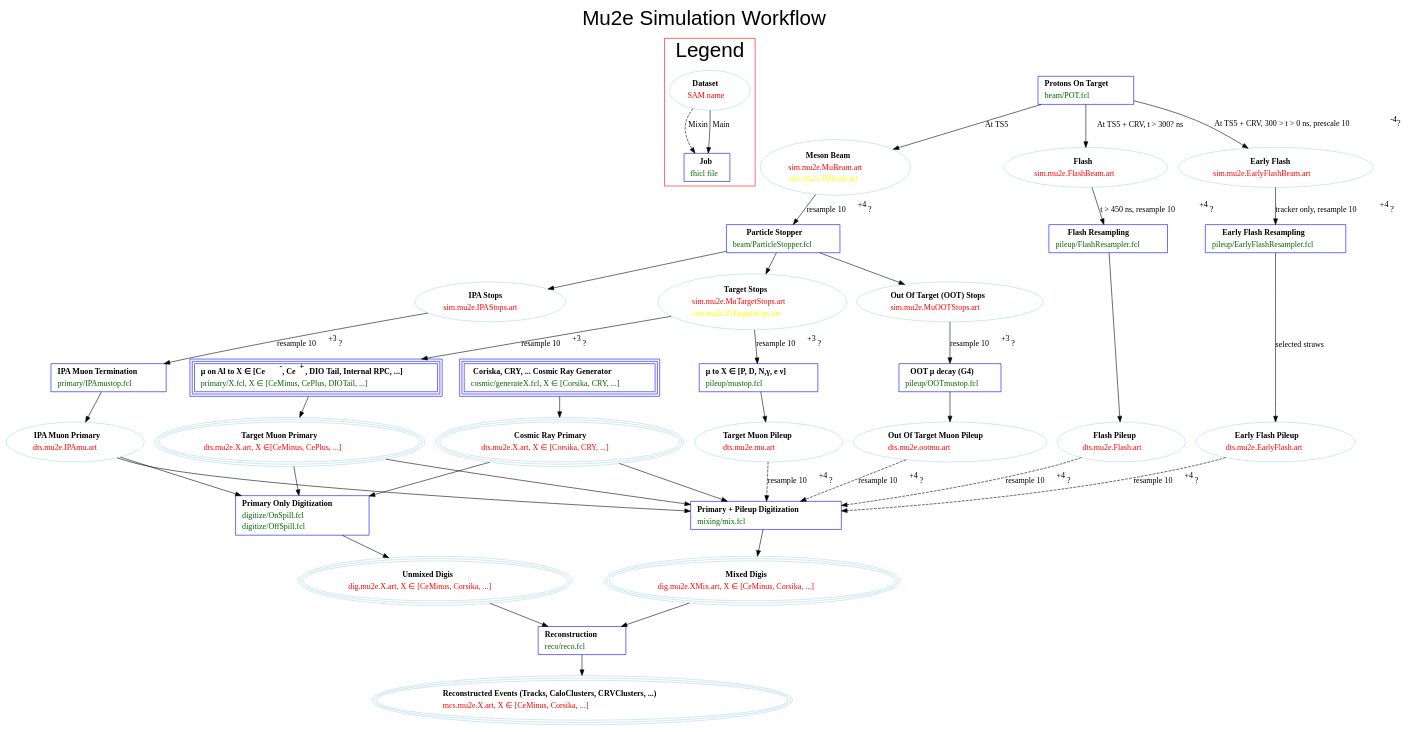
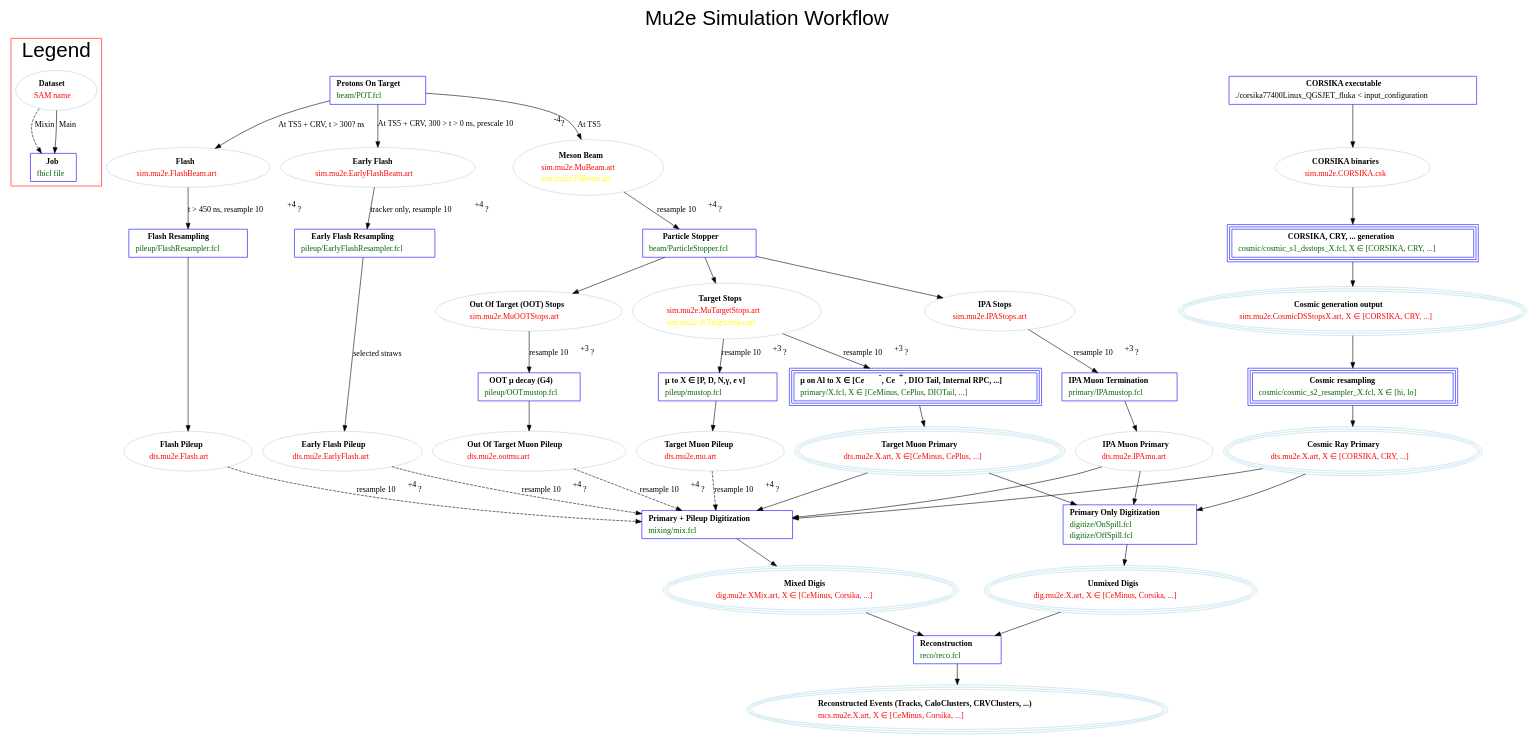
Before and after one commit to Mu2e/Offline: the diagram in JobConfig/doc/SimulationWorkflow.dot, drawn with Graphviz.

Commit message:
Adding CORSIKA chain
I modified the cosmic simulation chain to include generation and resampling
https://i.imgur.com/FQkiUih.png

```diff
--- a/JobConfig/doc/SimulationWorkflow.dot
+++ b/JobConfig/doc/SimulationWorkflow.dot
@@ -34,7 +34,7 @@
 
   subgraph Campaign {
 
-    POT [shape=box,color=blue, 
+    POT [shape=box,color=blue,
 	label=<<table border="0" cellborder="0" cellspacing="1">
 	  <tr><td align="center"><b>Protons On Target</b></td></tr>
 	  <tr><td align="left"><font color="darkgreen">beam/POT.fcl</font></td></tr>
@@ -60,19 +60,19 @@
     POT ->  Beam [ label="At TS5"];
     POT ->  EarlyFlash [ label=< At TS5 + CRV, 300 &gt; t &gt; 0 ns, prescale 10<sup>-4</sup>?> ];
 
-    EarlyFlashResampling [shape=box,color=blue, 
+    EarlyFlashResampling [shape=box,color=blue,
 		    label=<<table border="0" cellborder="0" cellspacing="1">
 		      <tr><td align="center"><b>Early Flash Resampling</b></td></tr>
 		      <tr><td align="left"><font color="darkgreen">pileup/EarlyFlashResampler.fcl</font></td></tr>
 		      </table>>];
 
-    FlashResampling [shape=box,color=blue, 
+    FlashResampling [shape=box,color=blue,
 		    label=<<table border="0" cellborder="0" cellspacing="1">
 		      <tr><td align="center"><b>Flash Resampling</b></td></tr>
 		      <tr><td align="left"><font color="darkgreen">pileup/FlashResampler.fcl</font></td></tr>
 		      </table>>];
 
-    StopPositionResampling [shape=box,color=blue, 
+    StopPositionResampling [shape=box,color=blue,
 			   label=<<table border="0" cellborder="0" cellspacing="1">
 			     <tr><td align="center"><b>Particle Stopper</b></td></tr>
 			     <tr><td align="left"><font color="darkgreen">beam/ParticleStopper.fcl</font></td></tr>
@@ -120,25 +120,25 @@
     StopPositionResampling -> OutOfTargetStops;
     StopPositionResampling -> IPAStops;
 
-    PrimaryMuonTerm [shape=box, peripheries=3, color=blue, 
+    PrimaryMuonTerm [shape=box, peripheries=3, color=blue,
 		    label=<<table border="0" cellborder="0" cellspacing="1">
 		      <tr><td align="center"><b>&mu; on Al to X &isin; [Ce<sup>-</sup>, Ce<sup>+</sup>, DIO Tail, Internal RPC, ...] </b></td></tr>
 		      <tr><td align="left"><font color="darkgreen">primary/X.fcl, X &isin; [CeMinus, CePlus, DIOTail, ...]</font></td></tr>
 		      </table>>];
 
-    PileupMuonTerm [shape=box,color=blue, 
+    PileupMuonTerm [shape=box,color=blue,
 		       label=<<table border="0" cellborder="0" cellspacing="1">
 			 <tr><td align="center"><b>&mu; to X &isin; [P, D, N,&gamma;, e &nu;]  </b></td></tr>
 			 <tr><td align="left"><font color="darkgreen">pileup/mustop.fcl</font></td></tr>
 			 </table>>];
 
-    OutOfTargetMuonTerm [shape=box,color=blue, 
+    OutOfTargetMuonTerm [shape=box,color=blue,
 			label=<<table border="0" cellborder="0" cellspacing="1">
 			  <tr><td align="center"><b>OOT &mu; decay (G4)</b></td></tr>
 			  <tr><td align="left"><font color="darkgreen">pileup/OOTmustop.fcl</font></td></tr>
 			  </table>>];
 
-    IPAMuonTerm [shape=box,color=blue, 
+    IPAMuonTerm [shape=box,color=blue,
 		label=<<table border="0" cellborder="0" cellspacing="1">
 		  <tr><td align="center"><b>IPA Muon Termination</b></td></tr>v
 		  <tr><td align="left"><font color="darkgreen">primary/IPAmustop.fcl</font></td></tr></table>>];
@@ -148,17 +148,48 @@
     OutOfTargetStops -> OutOfTargetMuonTerm [ label=<resample 10<sup>+3</sup>?> ];
     IPAStops -> IPAMuonTerm [ label=<resample 10<sup>+3</sup>?> ];
 
+    CosmicStage0 [shape=box, peripheries=1, color=blue,
+            label=<<table border="0" cellborder="0" cellspacing="1">
+                        <tr><td align="center"><b>CORSIKA executable</b></td></tr>
+                        <tr><td align="left">./corsika77400Linux_QGSJET_fluka &lt; input_configuration</td></tr>
+                        </table>>];
 
-    CosmicGenerator [shape=box, peripheries=3, color=blue, 
+    CORSIKAOutput [shape=oval, peripheries=1, color=lightblue,
+		  label=<<table border="0" cellborder="0" cellspacing="1">
+		    <tr><td align="center"><b>CORSIKA binaries</b></td></tr>
+		    <tr><td align="left"><font color="red">sim.mu2e.CORSIKA.csk</font></td></tr>
+		    </table>>];
+
+    CosmicStage0 -> CORSIKAOutput;
+
+    CosmicGenerator [shape=box, peripheries=3, color=blue,
 		    label=<<table border="0" cellborder="0" cellspacing="1">
-		      <tr><td align="center"><b>Coriska, CRY, ... Cosmic Ray Generator</b></td></tr>
-		      <tr><td align="left"><font color="darkgreen">cosmic/generateX.fcl, X &isin; [Corsika, CRY, ...]</font></td></tr>
+		      <tr><td align="center"><b>CORSIKA, CRY, ... generation</b></td></tr>
+		      <tr><td align="left"><font color="darkgreen">cosmic/cosmic_s1_dsstops_X.fcl, X &isin; [CORSIKA, CRY, ...]</font></td></tr>
 		      </table>>];
+
+    CORSIKAOutput -> CosmicGenerator;
+
+    CosmicStage1Output [shape=oval, peripheries=3, color=lightblue,
+		  label=<<table border="0" cellborder="0" cellspacing="1">
+		    <tr><td align="center"><b>Cosmic generation output</b></td></tr>
+		    <tr><td align="left"><font color="red">sim.mu2e.CosmicDSStopsX.art, X &isin; [CORSIKA, CRY, ...]</font></td></tr>
+		    </table>>];
+
+    CosmicGenerator -> CosmicStage1Output;
+
+    CosmicStage2 [shape=box, peripheries=3, color=blue,
+        label=<<table border="0" cellborder="0" cellspacing="1">
+            <tr><td align="center"><b>Cosmic resampling</b></td></tr>
+            <tr><td align="left"><font color="darkgreen">cosmic/cosmic_s2_resampler_X.fcl, X &isin; [hi, lo]</font></td></tr>
+            </table>>];
+
+    CosmicStage1Output -> CosmicStage2;
 
     CosmicPrimary [shape=oval, peripheries=3, color=lightblue,
 		  label=<<table border="0" cellborder="0" cellspacing="1">
 		    <tr><td align="center"><b>Cosmic Ray Primary</b></td></tr>
-		    <tr><td align="left"><font color="red">dts.mu2e.X.art, X &isin; [Corsika, CRY, ...]</font></td></tr>
+		    <tr><td align="left"><font color="red">dts.mu2e.X.art, X &isin; [CORSIKA, CRY, ...]</font></td></tr>
 		    </table>>];
 
     IPAPrimary [shape=oval, color=lightblue,
@@ -173,15 +204,15 @@
 		  <tr><td align="left"><font color="red">dts.mu2e.X.art, X &isin;[CeMinus, CePlus, ...] </font></td></tr>
 		  </table>>];
 
-    CosmicGenerator -> CosmicPrimary;
+    CosmicStage2 -> CosmicPrimary;
     PrimaryMuonTerm -> MuonPrimary;
     IPAMuonTerm -> IPAPrimary;
-    {rank=same CosmicGenerator PrimaryMuonTerm};
+    {rank=same CosmicStage1Output IPAStops};
 
     CosmicPrimary [shape=oval, peripheries=3, color=lightblue,
 		  label=<<table border="0" cellborder="0" cellspacing="1">
 		    <tr><td align="center"><b>Cosmic Ray Primary</b></td></tr>
-		    <tr><td align="left"><font color="red">dts.mu2e.X.art, X &isin; [Corsika, CRY, ...] </font></td></tr>
+		    <tr><td align="left"><font color="red">dts.mu2e.X.art, X &isin; [CORSIKA, CRY, ...] </font></td></tr>
 		    </table>>];
 
     TargetMuonPileup [shape=oval, color=lightblue,
@@ -198,15 +229,15 @@
 
     PileupMuonTerm -> TargetMuonPileup;
     OutOfTargetMuonTerm -> OutOfTargetMuonPileup;
-    {rank=same TargetMuonPileup OutOfTargetMuonPileup EarlyFlashPileup FlashPileup };
+    {rank=same TargetMuonPileup OutOfTargetMuonPileup EarlyFlashPileup FlashPileup CosmicPrimary MuonPrimary IPAPrimary};
 
-    MixDigitization [shape=box, peripheries=1, color=blue, 
+    MixDigitization [shape=box, peripheries=1, color=blue,
 		    label=<<table border="0" cellborder="0" cellspacing="1">
 		      <tr><td align="center"><b> Primary + Pileup Digitization </b></td></tr>
 		      <tr><td align="left"><font color="darkgreen">mixing/mix.fcl</font></td></tr>
 		      </table>>];
 
-    NomixDigitization [shape=box, peripheries=1, color=blue, 
+    NomixDigitization [shape=box, peripheries=1, color=blue,
 		      label=<<table border="0" cellborder="0" cellspacing="1">
 		      <tr><td align="center"><b> Primary Only Digitization </b></td></tr>
 		      <tr><td align="left"><font color="darkgreen">digitize/OnSpill.fcl</font></td></tr>
@@ -242,7 +273,7 @@
 
     {rank=same NomixDigitization MixDigitization};
 
-    Reconstruction [shape=box, peripheries=1, color=blue, 
+    Reconstruction [shape=box, peripheries=1, color=blue,
 		   label=<<table border="0" cellborder="0" cellspacing="1">
 		     <tr><td align="center"><b> Reconstruction </b></td></tr>
 		     <tr><td align="left"><font color="darkgreen">reco/reco.fcl </font></td></tr>
```
